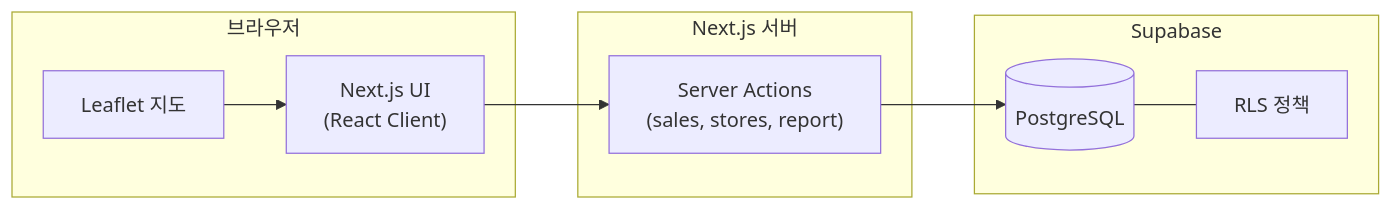
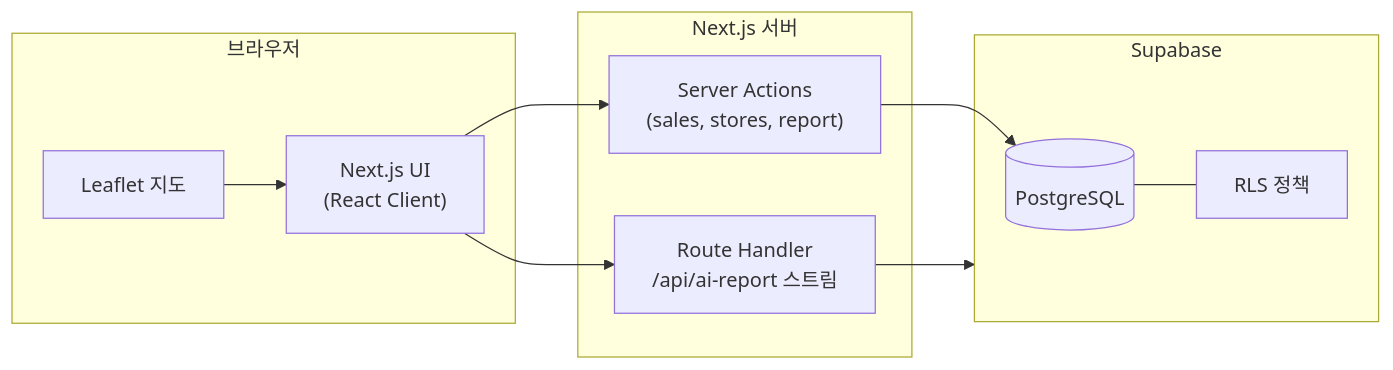
The first of 2 diagrams in README.md (kka450638-cloud/changjo-dashboard), drawn with Mermaid before and after one commit. The commit also changed other lines of this file and 30 other files, not shown here.

````diff
--- a/README.md
+++ b/README.md
@@ -64,18 +65,21 @@
 ```mermaid
 flowchart LR
   subgraph Browser["브라우저"]
     UI["Next.js UI\n(React Client)"]
     Map["Leaflet 지도"]
   end
   subgraph Next["Next.js 서버"]
     SA["Server Actions\n(sales, stores, report)"]
+    API["Route Handler\n/api/ai-report 스트림"]
   end
   subgraph SB["Supabase"]
     DB[(PostgreSQL)]
     RLS[RLS 정책]
   end
   UI --> SA
+  UI --> API
   Map --> UI
   SA --> DB
+  API --> SB
   DB --- RLS
 ```
````
